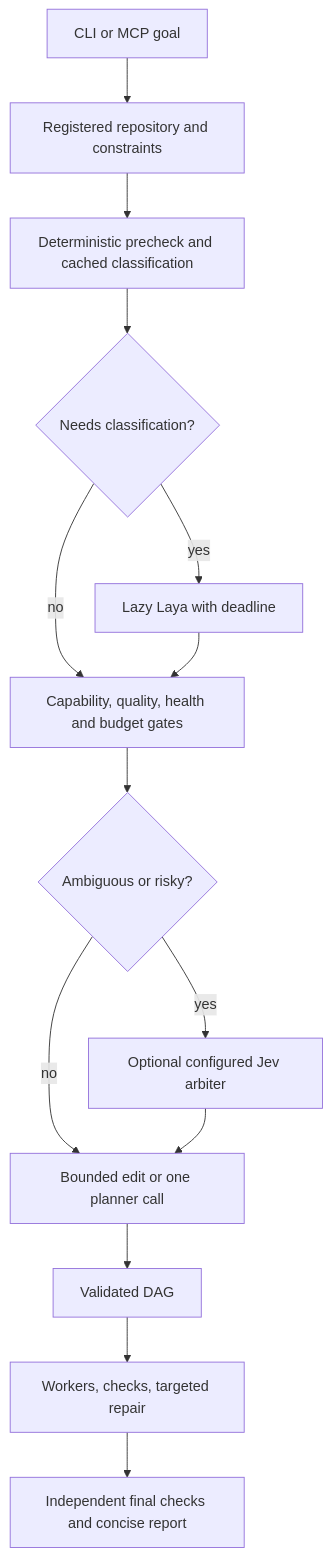
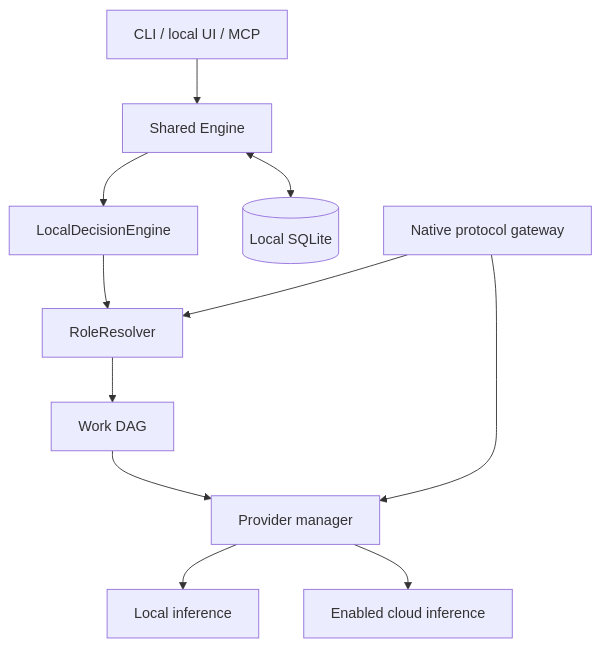
The first of 6 diagrams in ARCHITECTURE.md (Jigsaw777/accension), drawn with Mermaid before and after one commit. The commit also changed other lines of this file and 113 other files, not shown here.

````diff
--- a/ARCHITECTURE.md
+++ b/ARCHITECTURE.md
@@ -5,16 +7,13 @@
 ```mermaid
 flowchart TD
-    A[CLI or MCP goal] --> B[Registered repository and constraints]
-    B --> C[Deterministic precheck and cached classification]
-    C --> D{Needs classification?}
-    D -->|yes| E[Lazy Laya with deadline]
-    D -->|no| F[Capability, quality, health and budget gates]
-    E --> F
-    F --> G{Ambiguous or risky?}
-    G -->|yes| H[Optional configured Jev arbiter]
-    G -->|no| I[Bounded edit or one planner call]
-    H --> I
-    I --> J[Validated DAG]
-    J --> K[Workers, checks, targeted repair]
-    K --> L[Independent final checks and concise report]
+  C[CLI / local UI / MCP] --> E[Shared Engine]
+  E --> D[LocalDecisionEngine]
+  D --> R[RoleResolver]
+  R --> W[Work DAG]
+  W --> P[Provider manager]
+  P --> L[Local inference]
+  P --> O[Enabled cloud inference]
+  E <--> S[(Local SQLite)]
+  G[Native protocol gateway] --> R
+  G --> P
 ```
````
